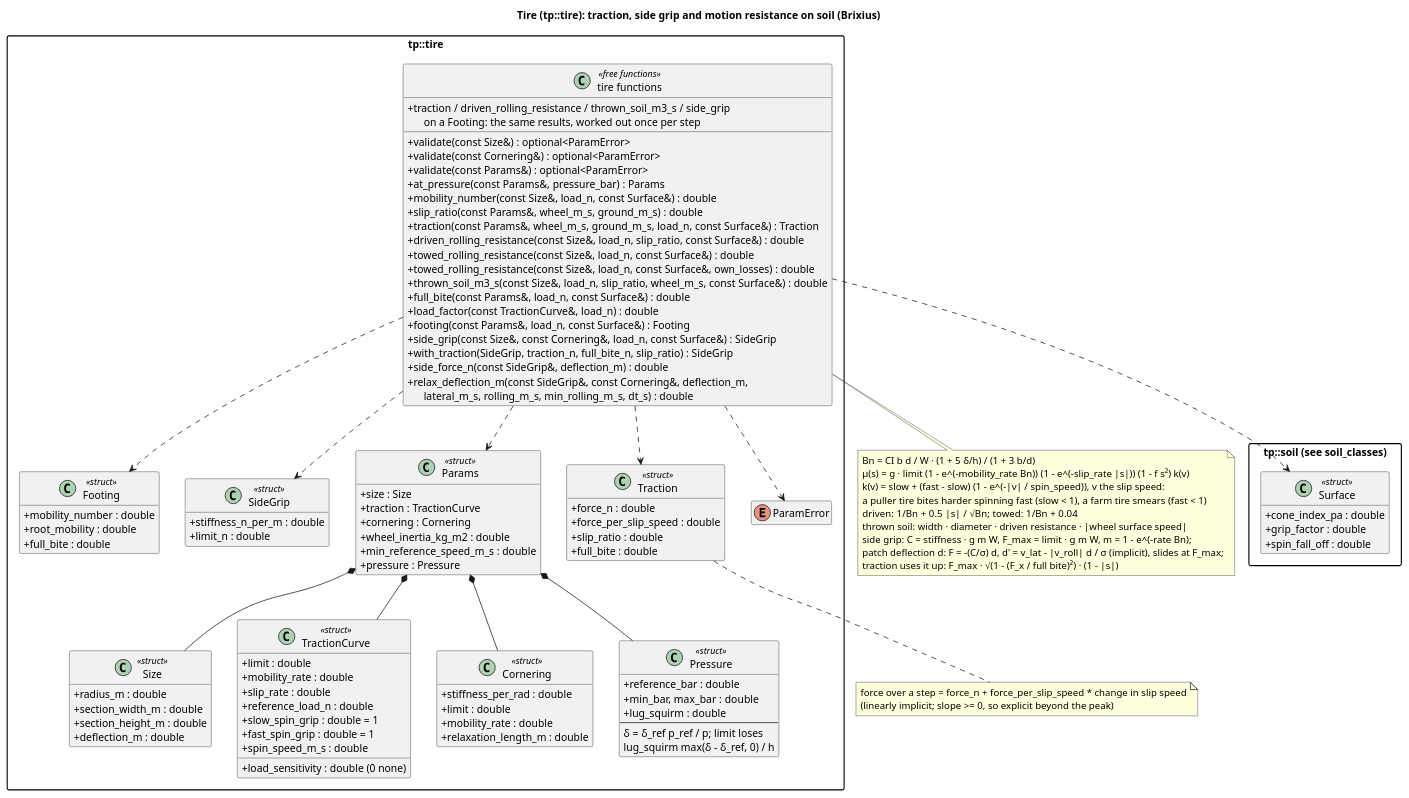
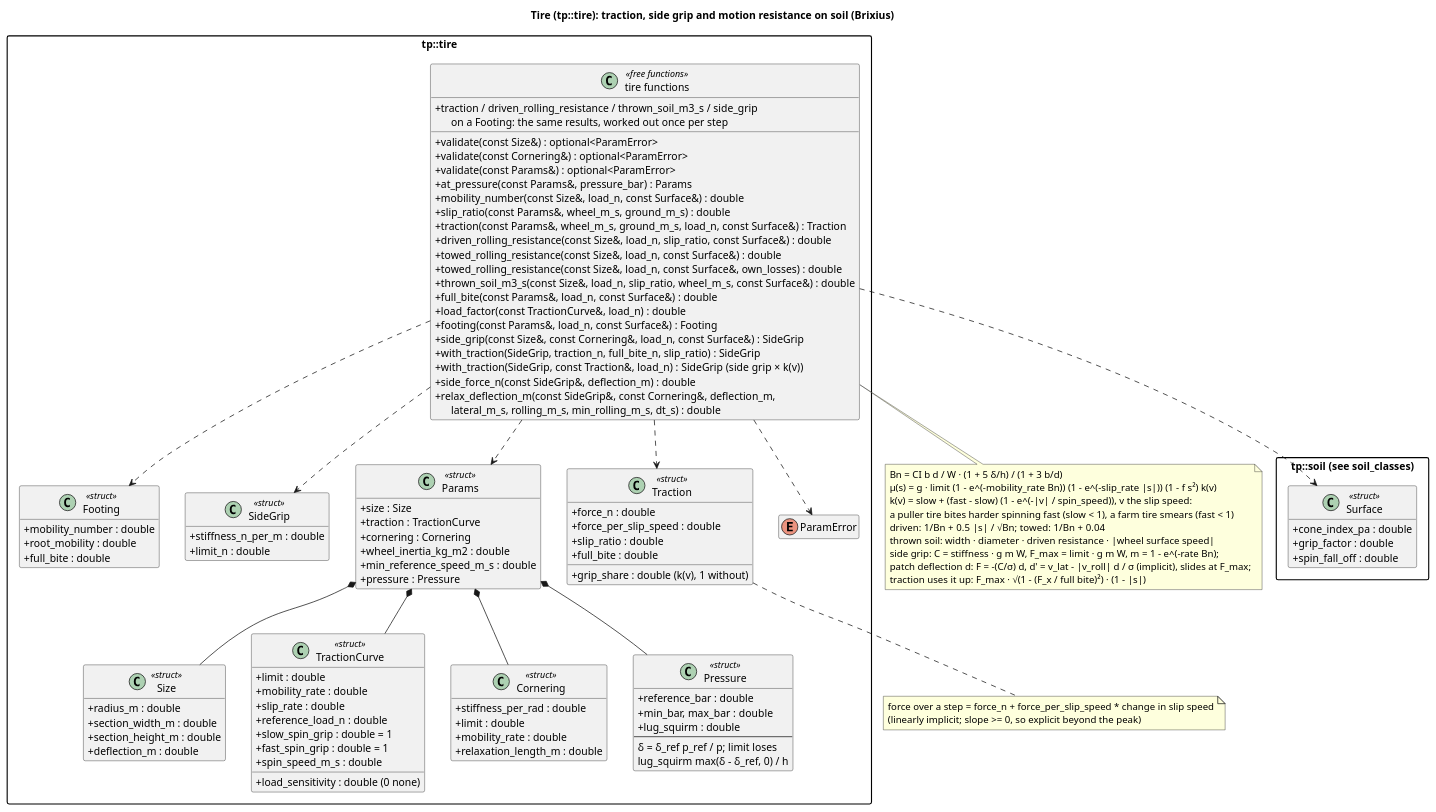
The diagram in docs/diagrams/tire_classes.puml (wversteeg/TractorPulling), drawn with PlantUML before and after one commit. The commit also changed 6 other files, not shown here.

First line of the commit message:
Tires: the grip share scales the side grip too

```diff
--- a/docs/diagrams/tire_classes.puml
+++ b/docs/diagrams/tire_classes.puml
@@ -1,117 +1,119 @@
 @startuml tire_classes
 title Tire (tp::tire): traction, side grip and motion resistance on soil (Brixius)
 hide empty members
 skinparam packageStyle rectangle
 skinparam classAttributeIconSize 0
 
 package "tp::soil (see soil_classes)" {
   class Surface <<struct>> {
     +cone_index_pa : double
     +grip_factor : double
     +spin_fall_off : double
   }
 }
 
 package "tp::tire" {
   class Size <<struct>> {
     +radius_m : double
     +section_width_m : double
     +section_height_m : double
     +deflection_m : double
   }
   class TractionCurve <<struct>> {
     +limit : double
     +mobility_rate : double
     +slip_rate : double
     +load_sensitivity : double (0 none)
     +reference_load_n : double
     +slow_spin_grip : double = 1
     +fast_spin_grip : double = 1
     +spin_speed_m_s : double
   }
   class Cornering <<struct>> {
     +stiffness_per_rad : double
     +limit : double
     +mobility_rate : double
     +relaxation_length_m : double
   }
   class Footing <<struct>> {
     +mobility_number : double
     +root_mobility : double
     +full_bite : double
   }
   class SideGrip <<struct>> {
     +stiffness_n_per_m : double
     +limit_n : double
   }
   class Params <<struct>> {
     +size : Size
     +traction : TractionCurve
     +cornering : Cornering
     +wheel_inertia_kg_m2 : double
     +min_reference_speed_m_s : double
     +pressure : Pressure
   }
   class Pressure <<struct>> {
     +reference_bar : double
     +min_bar, max_bar : double
     +lug_squirm : double
     --
     δ = δ_ref p_ref / p; limit loses
     lug_squirm max(δ - δ_ref, 0) / h
   }
   class Traction <<struct>> {
     +force_n : double
     +force_per_slip_speed : double
     +slip_ratio : double
     +full_bite : double
+    +grip_share : double (k(v), 1 without)
   }
   enum ParamError
   class "tire functions" as TireFns <<free functions>> {
     +validate(const Size&) : optional<ParamError>
     +validate(const Cornering&) : optional<ParamError>
     +validate(const Params&) : optional<ParamError>
     +at_pressure(const Params&, pressure_bar) : Params
     +mobility_number(const Size&, load_n, const Surface&) : double
     +slip_ratio(const Params&, wheel_m_s, ground_m_s) : double
     +traction(const Params&, wheel_m_s, ground_m_s, load_n, const Surface&) : Traction
     +driven_rolling_resistance(const Size&, load_n, slip_ratio, const Surface&) : double
     +towed_rolling_resistance(const Size&, load_n, const Surface&) : double
     +towed_rolling_resistance(const Size&, load_n, const Surface&, own_losses) : double
     +thrown_soil_m3_s(const Size&, load_n, slip_ratio, wheel_m_s, const Surface&) : double
     +full_bite(const Params&, load_n, const Surface&) : double
     +load_factor(const TractionCurve&, load_n) : double
     +footing(const Params&, load_n, const Surface&) : Footing
     +traction / driven_rolling_resistance / thrown_soil_m3_s / side_grip\n      on a Footing: the same results, worked out once per step
     +side_grip(const Size&, const Cornering&, load_n, const Surface&) : SideGrip
     +with_traction(SideGrip, traction_n, full_bite_n, slip_ratio) : SideGrip
+    +with_traction(SideGrip, const Traction&, load_n) : SideGrip  (side grip × k(v))
     +side_force_n(const SideGrip&, deflection_m) : double
     +relax_deflection_m(const SideGrip&, const Cornering&, deflection_m,\n      lateral_m_s, rolling_m_s, min_rolling_m_s, dt_s) : double
   }
   Params *-- Size
   Params *-- TractionCurve
   Params *-- Cornering
   Params *-- Pressure
   TireFns ..> SideGrip
   TireFns ..> Footing
   TireFns ..> Params
   TireFns ..> Traction
   TireFns ..> ParamError
   TireFns ..> Surface
 }
 note bottom of TireFns
   Bn = CI b d / W · (1 + 5 δ/h) / (1 + 3 b/d)
   μ(s) = g · limit (1 - e^(-mobility_rate Bn)) (1 - e^(-slip_rate |s|)) (1 - f s²) k(v)
   k(v) = slow + (fast - slow) (1 - e^(-|v| / spin_speed)), v the slip speed:
   a puller tire bites harder spinning fast (slow < 1), a farm tire smears (fast < 1)
   driven: 1/Bn + 0.5 |s| / √Bn;  towed: 1/Bn + 0.04
   thrown soil: width · diameter · driven resistance · |wheel surface speed|
   side grip: C = stiffness · g m W, F_max = limit · g m W, m = 1 - e^(-rate Bn);
   patch deflection d: F = -(C/σ) d, d' = v_lat - |v_roll| d / σ (implicit), slides at F_max;
   traction uses it up: F_max · √(1 - (F_x / full bite)²) · (1 - |s|)
 end note
 note bottom of Traction
   force over a step = force_n + force_per_slip_speed * change in slip speed
   (linearly implicit; slope >= 0, so explicit beyond the peak)
 end note
 @enduml
```
